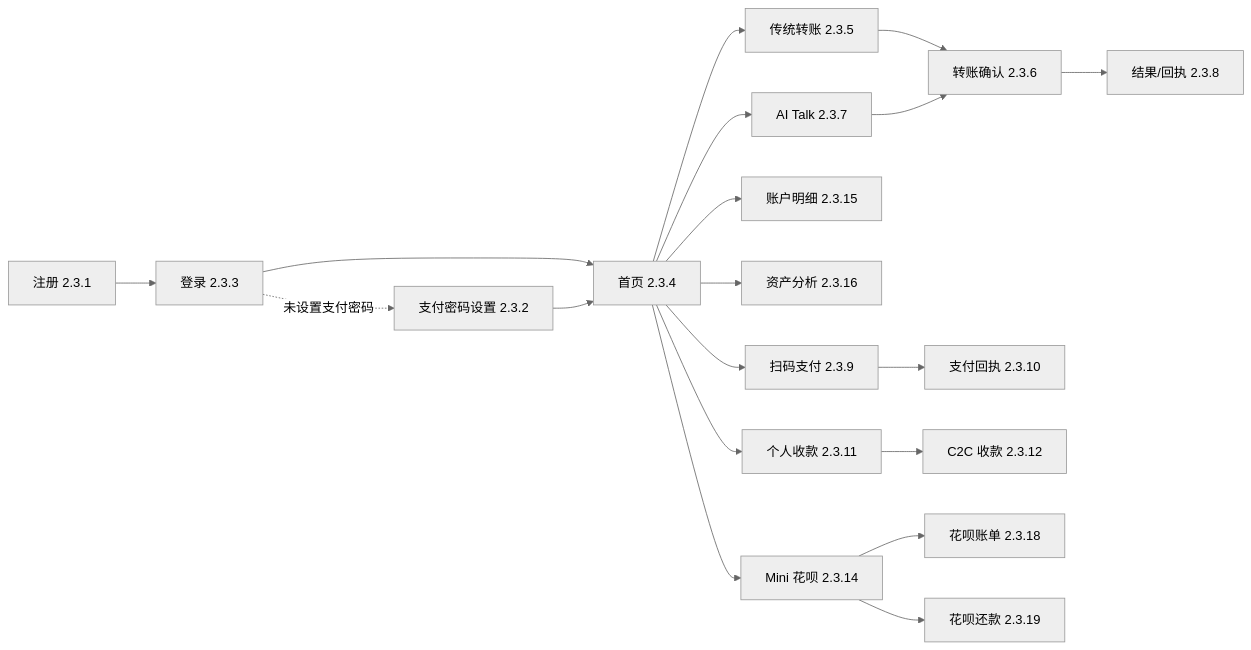
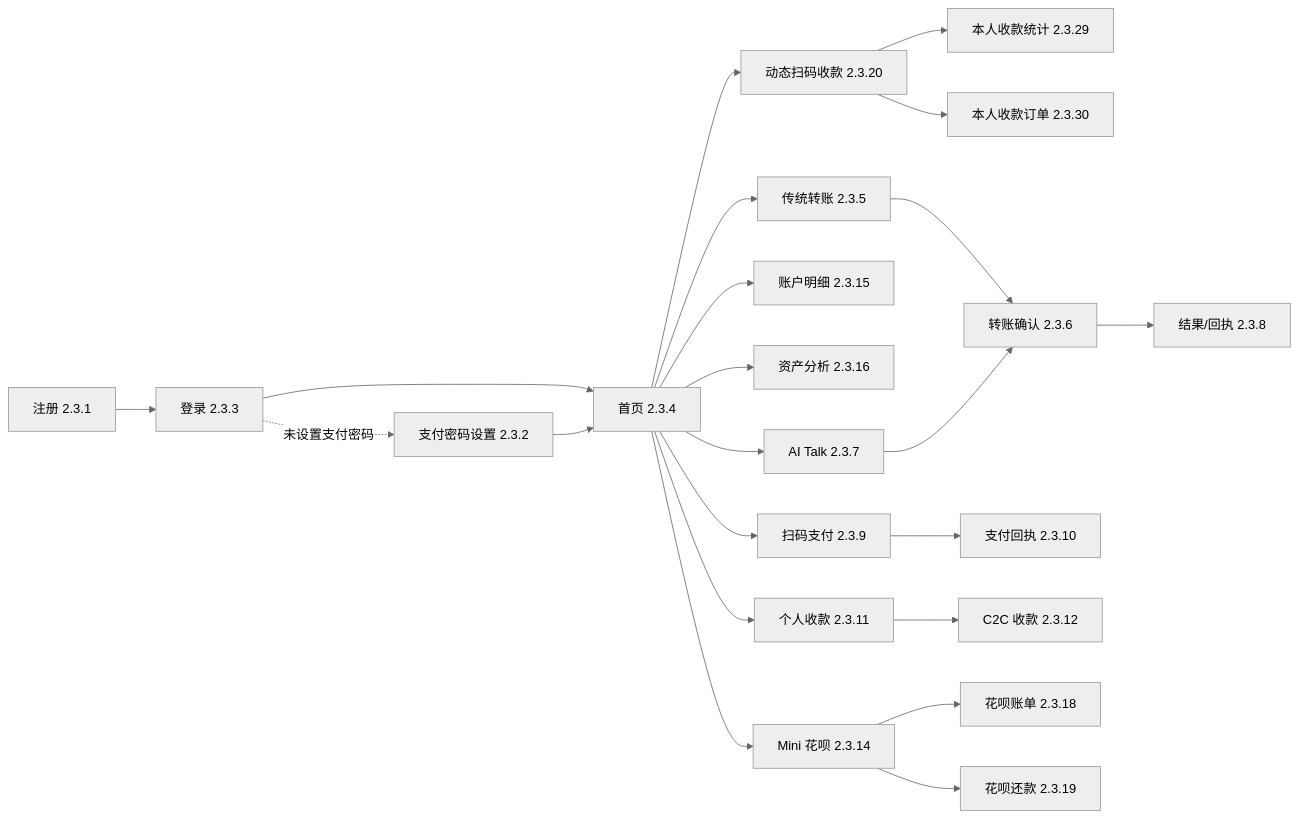
The first of 36 diagrams in docs/minialalipay/miniaialipay -frontend-system-analysis.md (JN6565/MiniAlalipay), drawn with Mermaid (neutral theme) before and after one commit. The commit also changed other lines of this file and 5 other files, not shown here.

````diff
--- a/docs/minialalipay/miniaialipay -frontend-system-analysis.md
+++ b/docs/minialalipay/miniaialipay -frontend-system-analysis.md
@@ -280,21 +281,24 @@
 ```mermaid
 flowchart LR
     A[注册 2.3.1] --> B[登录 2.3.3]
     B --> C[首页 2.3.4]
     C --> D[传统转账 2.3.5]
     C --> E[AI Talk 2.3.7]
     C --> F[账户明细 2.3.15]
     C --> G[资产分析 2.3.16]
     C --> H[Mini 花呗 2.3.14]
     C --> I[个人收款 2.3.11]
     C --> J[扫码支付 2.3.9]
+    C --> R[动态扫码收款 2.3.20]
+    R --> S[本人收款统计 2.3.29]
+    R --> T[本人收款订单 2.3.30]
     D --> K[转账确认 2.3.6]
     E --> K
     K --> L[结果/回执 2.3.8]
     J --> M[支付回执 2.3.10]
     I --> N[C2C 收款 2.3.12]
     H --> O[花呗账单 2.3.18]
     H --> P[花呗还款 2.3.19]
     B -.未设置支付密码.-> Q[支付密码设置 2.3.2]
     Q --> C
 ```
````
